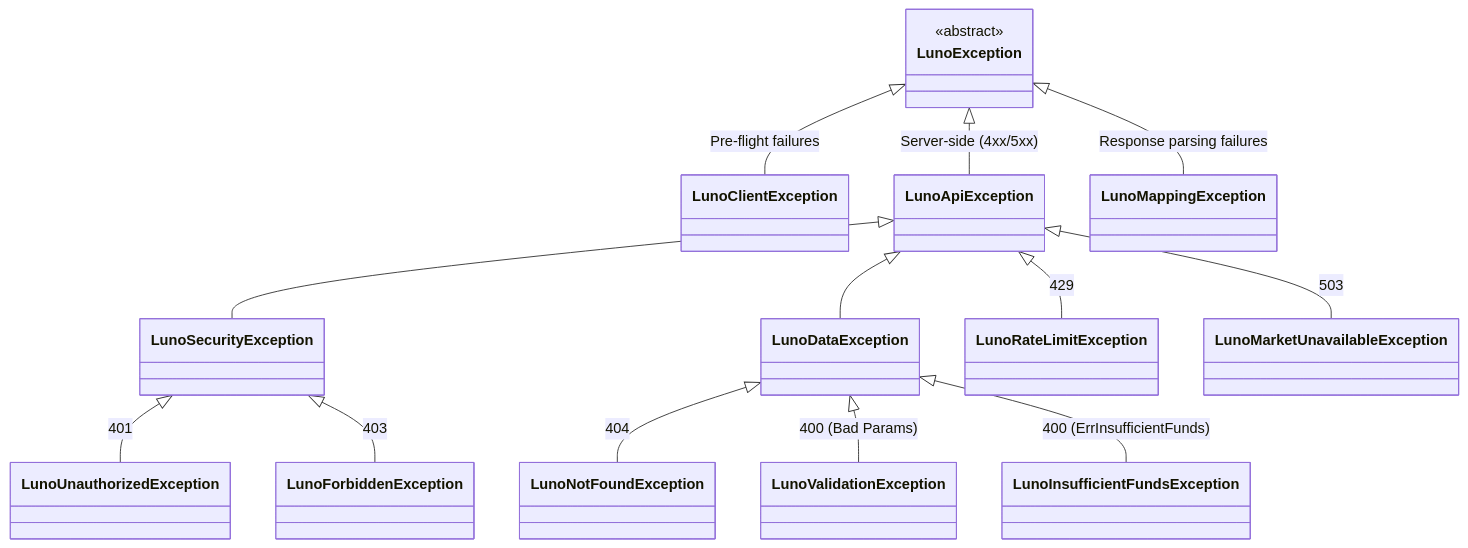
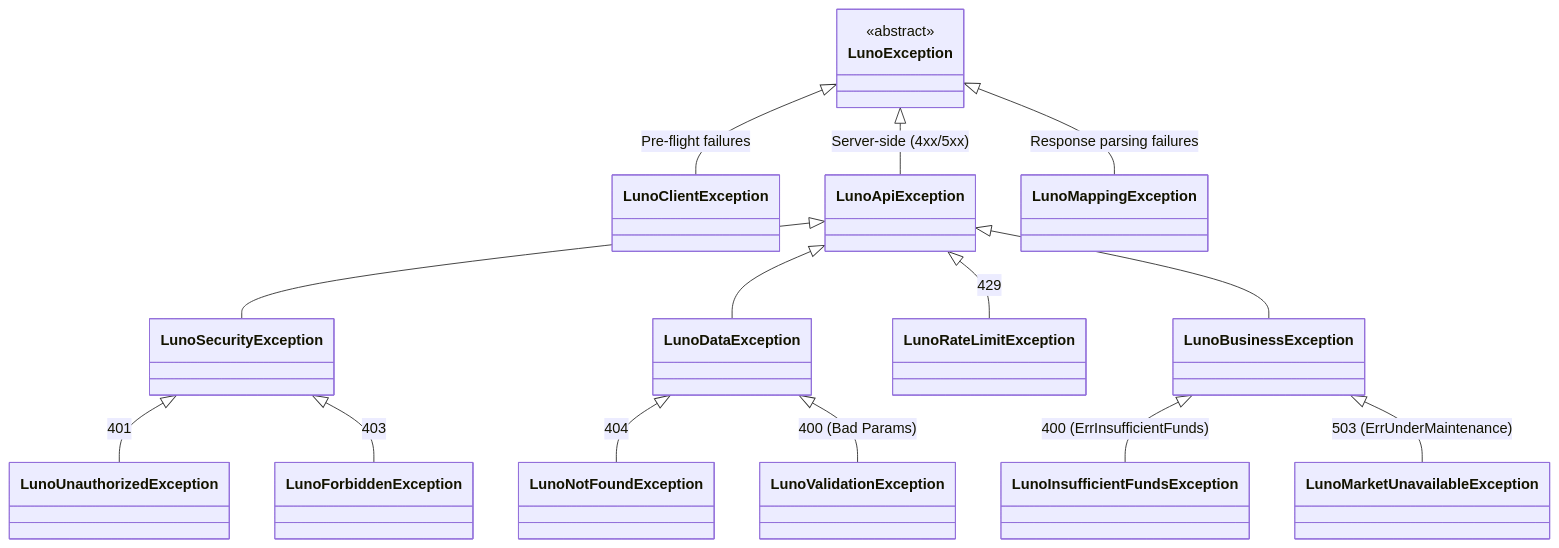
The diagram in docs/rfcs/drafts/RFC004_UnifiedDomainExceptionHierarchy.md (hsm207/Luno.SDK), drawn with Mermaid before and after one commit. The commit also changed other lines of this file, not shown here.

Commit message:
docs: refine RFC 004 exception hierarchy with business family

````diff
--- a/docs/rfcs/drafts/RFC004_UnifiedDomainExceptionHierarchy.md
+++ b/docs/rfcs/drafts/RFC004_UnifiedDomainExceptionHierarchy.md
@@ -40,24 +39,25 @@
 ```mermaid
 classDiagram
     class LunoException { <<abstract>> }
     LunoException <|-- LunoClientException : Pre-flight failures
     LunoException <|-- LunoApiException : Server-side (4xx/5xx)
     LunoException <|-- LunoMappingException : Response parsing failures
 
     %% Security Family
     LunoApiException <|-- LunoSecurityException
     LunoSecurityException <|-- LunoUnauthorizedException : 401
     LunoSecurityException <|-- LunoForbiddenException : 403
 
     %% Data/Resource Family
     LunoApiException <|-- LunoDataException
     LunoDataException <|-- LunoNotFoundException : 404
     LunoDataException <|-- LunoValidationException : 400 (Bad Params)
 
     %% Operational/Actionable Family
     LunoApiException <|-- LunoRateLimitException : 429
-    LunoApiException <|-- LunoMarketUnavailableException : 503
 
-    %% Business/Domain Family
-    LunoDataException <|-- LunoInsufficientFundsException : 400 (ErrInsufficientFunds)
+    %% Business/State Family
+    LunoApiException <|-- LunoBusinessException
+    LunoBusinessException <|-- LunoInsufficientFundsException : 400 (ErrInsufficientFunds)
+    LunoBusinessException <|-- LunoMarketUnavailableException : 503 (ErrUnderMaintenance)
 ```
````
